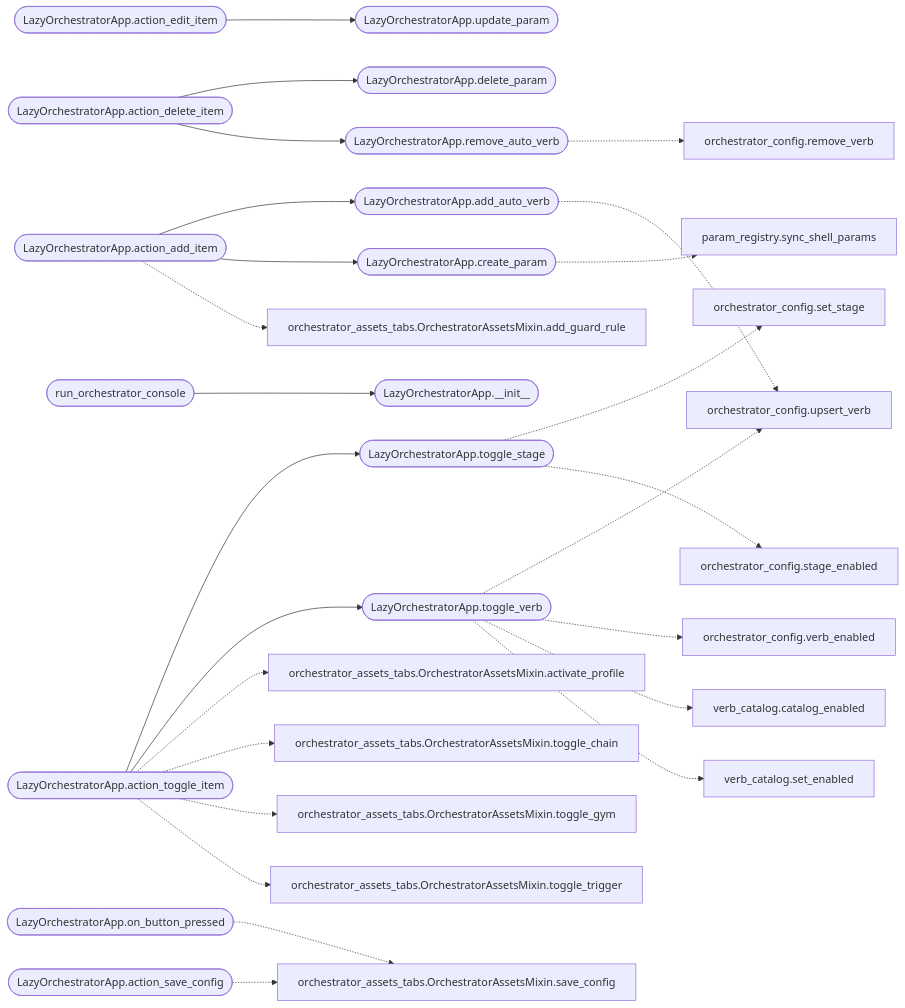
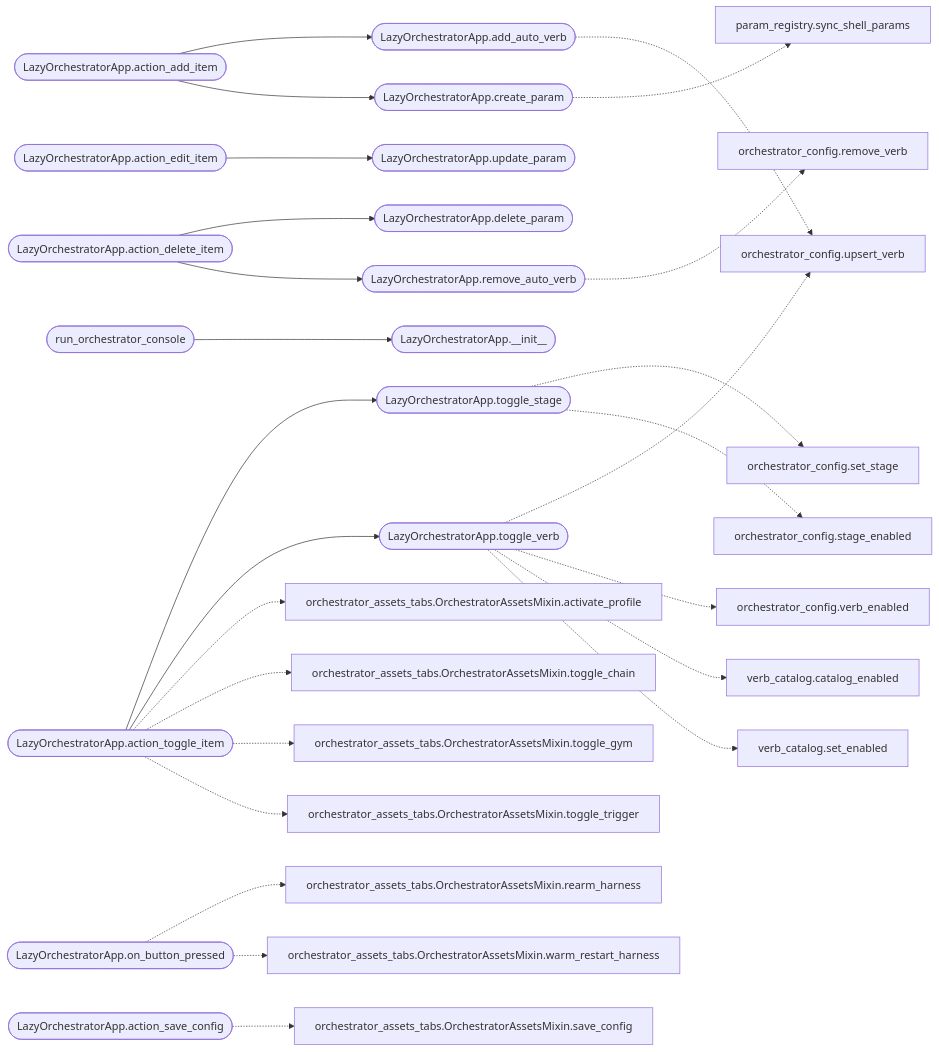
One commit to grisuno/LazyOwn changed the second of 2 diagrams in readmenator-apidocs/modules/cli.lazy_orchestrator.py.md. Above: the diagram before and after it, drawn with Mermaid. The commit also changed other lines of this file and 496 other files, not shown here.

First line of the commit message:
test: A mediator architecture is implemented with a safety harness inspired by Apollo 11.

````diff
--- a/readmenator-apidocs/modules/cli.lazy_orchestrator.py.md
+++ b/readmenator-apidocs/modules/cli.lazy_orchestrator.py.md
@@ -62,56 +62,57 @@
 ```mermaid
 flowchart LR
     n_cli_lazy_orchestrator_py__LazyOrchestratorApp_action_toggle_item(["LazyOrchestratorApp.action_toggle_item"])
     n_cli_lazy_orchestrator_py__LazyOrchestratorApp_toggle_stage(["LazyOrchestratorApp.toggle_stage"])
     n_cli_lazy_orchestrator_py__LazyOrchestratorApp_toggle_verb(["LazyOrchestratorApp.toggle_verb"])
     n_cli_lazy_orchestrator_py__LazyOrchestratorApp_action_add_item(["LazyOrchestratorApp.action_add_item"])
     n_cli_lazy_orchestrator_py__LazyOrchestratorApp_add_auto_verb(["LazyOrchestratorApp.add_auto_verb"])
     n_cli_lazy_orchestrator_py__LazyOrchestratorApp_create_param(["LazyOrchestratorApp.create_param"])
     n_cli_lazy_orchestrator_py__LazyOrchestratorApp_action_edit_item(["LazyOrchestratorApp.action_edit_item"])
     n_cli_lazy_orchestrator_py__LazyOrchestratorApp_update_param(["LazyOrchestratorApp.update_param"])
     n_cli_lazy_orchestrator_py__LazyOrchestratorApp_action_delete_item(["LazyOrchestratorApp.action_delete_item"])
     n_cli_lazy_orchestrator_py__LazyOrchestratorApp_delete_param(["LazyOrchestratorApp.delete_param"])
     n_cli_lazy_orchestrator_py__LazyOrchestratorApp_remove_auto_verb(["LazyOrchestratorApp.remove_auto_verb"])
     n_cli_lazy_orchestrator_py__run_orchestrator_console(["run_orchestrator_console"])
     n_cli_lazy_orchestrator_py__LazyOrchestratorApp___init__(["LazyOrchestratorApp.__init__"])
     n_modules_orchestrator_config_py__set_stage["orchestrator_config.set_stage"]
     n_modules_orchestrator_config_py__stage_enabled["orchestrator_config.stage_enabled"]
     n_modules_orchestrator_config_py__upsert_verb["orchestrator_config.upsert_verb"]
     n_modules_orchestrator_config_py__verb_enabled["orchestrator_config.verb_enabled"]
     n_modules_verb_catalog_py__catalog_enabled["verb_catalog.catalog_enabled"]
     n_modules_verb_catalog_py__set_enabled["verb_catalog.set_enabled"]
     n_modules_orchestrator_config_py__remove_verb["orchestrator_config.remove_verb"]
     n_cli_lazy_orchestrator_py__LazyOrchestratorApp_on_button_pressed(["LazyOrchestratorApp.on_button_pressed"])
-    n_cli_orchestrator_assets_tabs_py__OrchestratorAssetsMixin_save_config["orchestrator_assets_tabs.OrchestratorAssetsMixin.save_config"]
+    n_cli_orchestrator_assets_tabs_py__OrchestratorAssetsMixin_rearm_harness["orchestrator_assets_tabs.OrchestratorAssetsMixin.rearm_harness"]
+    n_cli_orchestrator_assets_tabs_py__OrchestratorAssetsMixin_warm_restart_harness["orchestrator_assets_tabs.OrchestratorAssetsMixin.warm_restart_harness"]
     n_core_param_registry_py__sync_shell_params["param_registry.sync_shell_params"]
     n_cli_orchestrator_assets_tabs_py__OrchestratorAssetsMixin_activate_profile["orchestrator_assets_tabs.OrchestratorAssetsMixin.activate_profile"]
     n_cli_orchestrator_assets_tabs_py__OrchestratorAssetsMixin_toggle_chain["orchestrator_assets_tabs.OrchestratorAssetsMixin.toggle_chain"]
     n_cli_orchestrator_assets_tabs_py__OrchestratorAssetsMixin_toggle_gym["orchestrator_assets_tabs.OrchestratorAssetsMixin.toggle_gym"]
     n_cli_orchestrator_assets_tabs_py__OrchestratorAssetsMixin_toggle_trigger["orchestrator_assets_tabs.OrchestratorAssetsMixin.toggle_trigger"]
     n_cli_lazy_orchestrator_py__LazyOrchestratorApp_action_save_config(["LazyOrchestratorApp.action_save_config"])
-    n_cli_orchestrator_assets_tabs_py__OrchestratorAssetsMixin_add_guard_rule["orchestrator_assets_tabs.OrchestratorAssetsMixin.add_guard_rule"]
+    n_cli_orchestrator_assets_tabs_py__OrchestratorAssetsMixin_save_config["orchestrator_assets_tabs.OrchestratorAssetsMixin.save_config"]
     n_cli_lazy_orchestrator_py__LazyOrchestratorApp_action_toggle_item --> n_cli_lazy_orchestrator_py__LazyOrchestratorApp_toggle_stage
     n_cli_lazy_orchestrator_py__LazyOrchestratorApp_action_toggle_item --> n_cli_lazy_orchestrator_py__LazyOrchestratorApp_toggle_verb
     n_cli_lazy_orchestrator_py__LazyOrchestratorApp_action_add_item --> n_cli_lazy_orchestrator_py__LazyOrchestratorApp_add_auto_verb
     n_cli_lazy_orchestrator_py__LazyOrchestratorApp_action_add_item --> n_cli_lazy_orchestrator_py__LazyOrchestratorApp_create_param
     n_cli_lazy_orchestrator_py__LazyOrchestratorApp_action_edit_item --> n_cli_lazy_orchestrator_py__LazyOrchestratorApp_update_param
     n_cli_lazy_orchestrator_py__LazyOrchestratorApp_action_delete_item --> n_cli_lazy_orchestrator_py__LazyOrchestratorApp_delete_param
     n_cli_lazy_orchestrator_py__LazyOrchestratorApp_action_delete_item --> n_cli_lazy_orchestrator_py__LazyOrchestratorApp_remove_auto_verb
     n_cli_lazy_orchestrator_py__run_orchestrator_console --> n_cli_lazy_orchestrator_py__LazyOrchestratorApp___init__
     n_cli_lazy_orchestrator_py__LazyOrchestratorApp_toggle_stage -.-> n_modules_orchestrator_config_py__set_stage
     n_cli_lazy_orchestrator_py__LazyOrchestratorApp_toggle_stage -.-> n_modules_orchestrator_config_py__stage_enabled
     n_cli_lazy_orchestrator_py__LazyOrchestratorApp_toggle_verb -.-> n_modules_orchestrator_config_py__upsert_verb
     n_cli_lazy_orchestrator_py__LazyOrchestratorApp_toggle_verb -.-> n_modules_orchestrator_config_py__verb_enabled
     n_cli_lazy_orchestrator_py__LazyOrchestratorApp_toggle_verb -.-> n_modules_verb_catalog_py__catalog_enabled
     n_cli_lazy_orchestrator_py__LazyOrchestratorApp_toggle_verb -.-> n_modules_verb_catalog_py__set_enabled
     n_cli_lazy_orchestrator_py__LazyOrchestratorApp_add_auto_verb -.-> n_modules_orchestrator_config_py__upsert_verb
     n_cli_lazy_orchestrator_py__LazyOrchestratorApp_remove_auto_verb -.-> n_modules_orchestrator_config_py__remove_verb
-    n_cli_lazy_orchestrator_py__LazyOrchestratorApp_on_button_pressed -.-> n_cli_orchestrator_assets_tabs_py__OrchestratorAssetsMixin_save_config
+    n_cli_lazy_orchestrator_py__LazyOrchestratorApp_on_button_pressed -.-> n_cli_orchestrator_assets_tabs_py__OrchestratorAssetsMixin_rearm_harness
+    n_cli_lazy_orchestrator_py__LazyOrchestratorApp_on_button_pressed -.-> n_cli_orchestrator_assets_tabs_py__OrchestratorAssetsMixin_warm_restart_harness
     n_cli_lazy_orchestrator_py__LazyOrchestratorApp_create_param -.-> n_core_param_registry_py__sync_shell_params
     n_cli_lazy_orchestrator_py__LazyOrchestratorApp_action_toggle_item -.-> n_cli_orchestrator_assets_tabs_py__OrchestratorAssetsMixin_activate_profile
     n_cli_lazy_orchestrator_py__LazyOrchestratorApp_action_toggle_item -.-> n_cli_orchestrator_assets_tabs_py__OrchestratorAssetsMixin_toggle_chain
     n_cli_lazy_orchestrator_py__LazyOrchestratorApp_action_toggle_item -.-> n_cli_orchestrator_assets_tabs_py__OrchestratorAssetsMixin_toggle_gym
     n_cli_lazy_orchestrator_py__LazyOrchestratorApp_action_toggle_item -.-> n_cli_orchestrator_assets_tabs_py__OrchestratorAssetsMixin_toggle_trigger
     n_cli_lazy_orchestrator_py__LazyOrchestratorApp_action_save_config -.-> n_cli_orchestrator_assets_tabs_py__OrchestratorAssetsMixin_save_config
-    n_cli_lazy_orchestrator_py__LazyOrchestratorApp_action_add_item -.-> n_cli_orchestrator_assets_tabs_py__OrchestratorAssetsMixin_add_guard_rule
 ```
````
